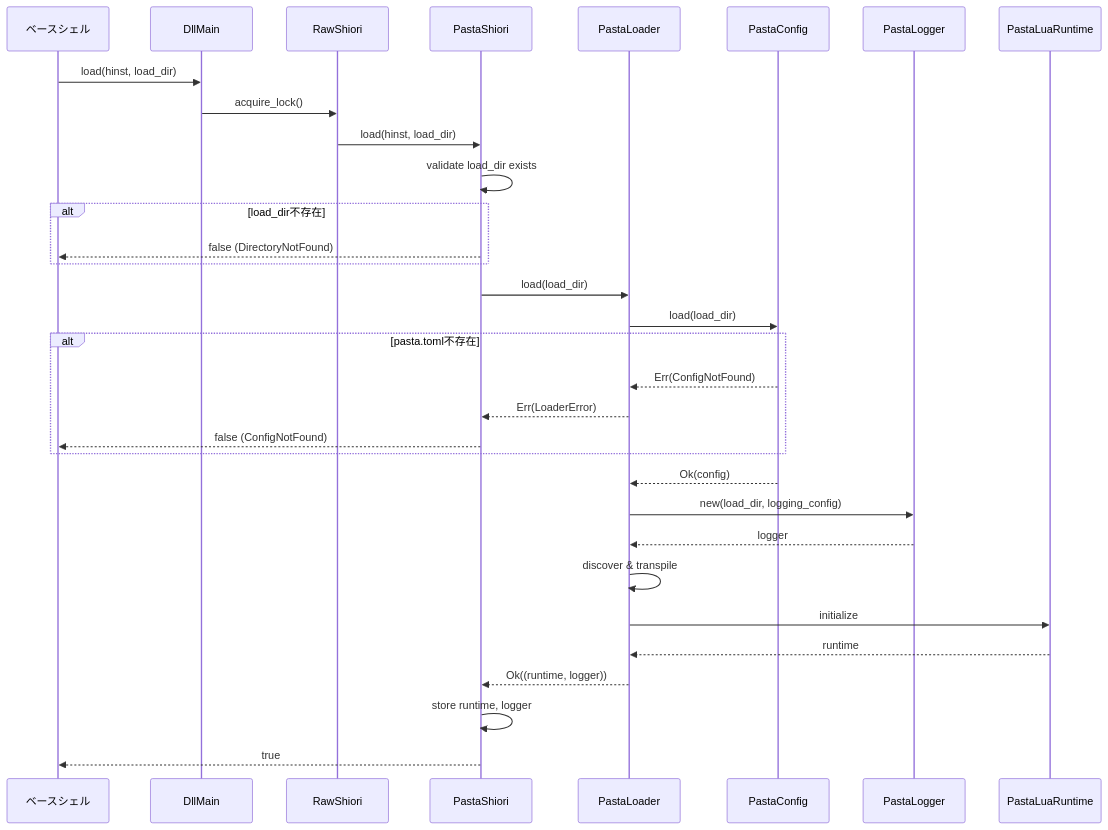
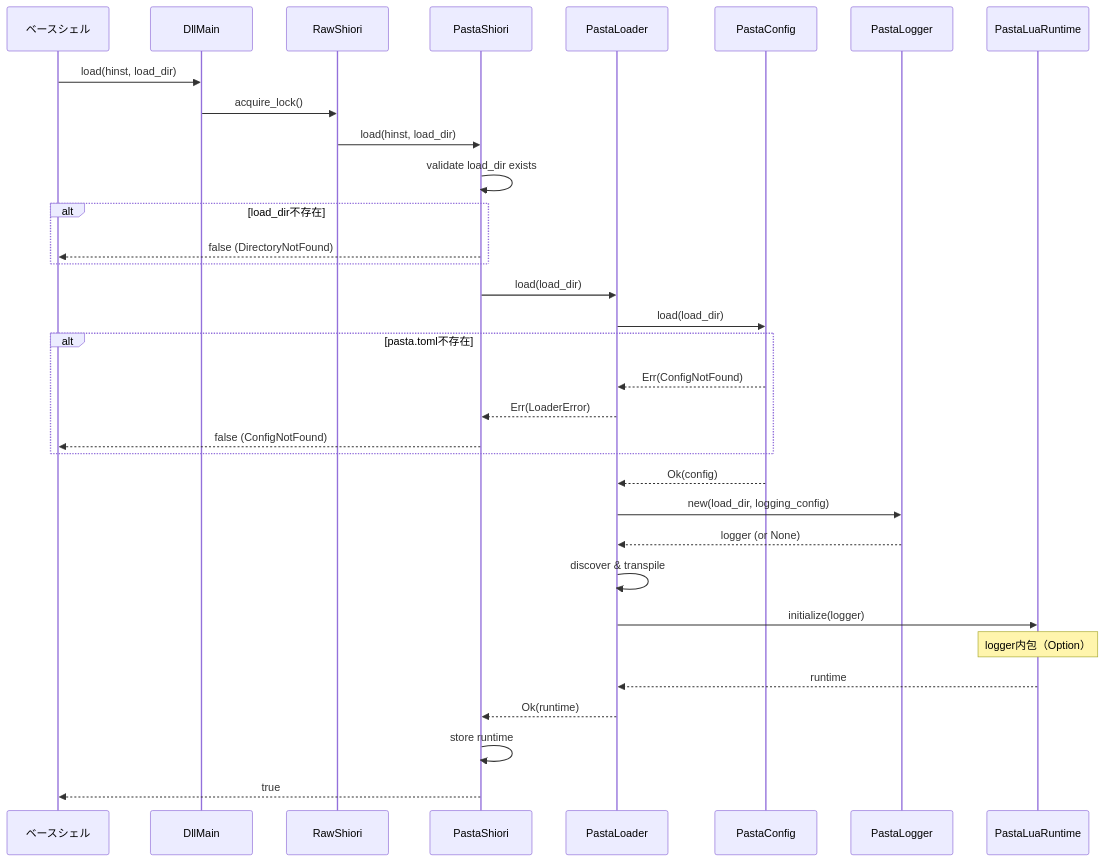
Before and after one commit to ekicyou/pasta: the second of 2 diagrams in .kiro/specs/pasta-shiori-load-implementation/design.md, drawn with Mermaid. The commit also changed other lines of this file, not shown here.

First line of the commit message:
refactor(spec): encapsulate PastaLogger in PastaLuaRuntime

````diff
--- a/.kiro/specs/pasta-shiori-load-implementation/design.md
+++ b/.kiro/specs/pasta-shiori-load-implementation/design.md
@@ -98,42 +98,43 @@
 ```mermaid
 sequenceDiagram
     participant Shell as ベースシェル
     participant DllMain
     participant RawShiori
     participant PastaShiori
     participant PastaLoader
     participant PastaConfig
     participant PastaLogger
     participant PastaLuaRuntime
 
     Shell->>DllMain: load(hinst, load_dir)
     DllMain->>RawShiori: acquire_lock()
     RawShiori->>PastaShiori: load(hinst, load_dir)
     
     PastaShiori->>PastaShiori: validate load_dir exists
     alt load_dir不存在
         PastaShiori-->>Shell: false (DirectoryNotFound)
     end
     
     PastaShiori->>PastaLoader: load(load_dir)
     PastaLoader->>PastaConfig: load(load_dir)
     
     alt pasta.toml不存在
         PastaConfig-->>PastaLoader: Err(ConfigNotFound)
         PastaLoader-->>PastaShiori: Err(LoaderError)
         PastaShiori-->>Shell: false (ConfigNotFound)
     end
     
     PastaConfig-->>PastaLoader: Ok(config)
     
     PastaLoader->>PastaLogger: new(load_dir, logging_config)
-    PastaLogger-->>PastaLoader: logger
+    PastaLogger-->>PastaLoader: logger (or None)
     
     PastaLoader->>PastaLoader: discover & transpile
-    PastaLoader->>PastaLuaRuntime: initialize
+    PastaLoader->>PastaLuaRuntime: initialize(logger)
+    Note over PastaLuaRuntime: logger内包（Option）
     PastaLuaRuntime-->>PastaLoader: runtime
     
-    PastaLoader-->>PastaShiori: Ok((runtime, logger))
-    PastaShiori->>PastaShiori: store runtime, logger
+    PastaLoader-->>PastaShiori: Ok(runtime)
+    PastaShiori->>PastaShiori: store runtime
     PastaShiori-->>Shell: true
 ```
````
